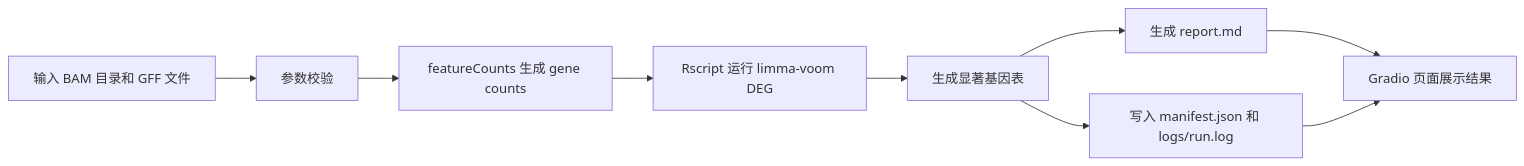
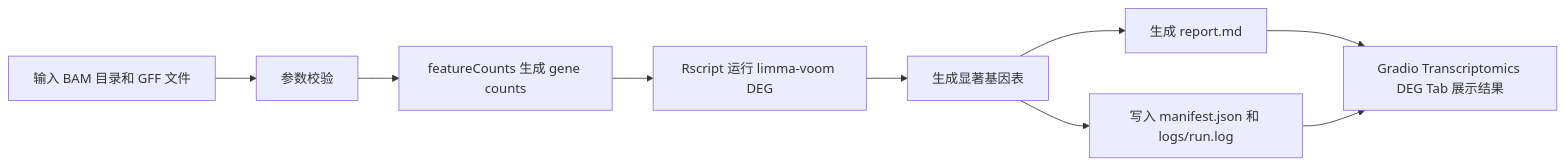
One commit to EuphoniumKumiko/breeding-agent changed the diagram in docs/gradio_demo_usage.md. Above: the diagram before and after it, drawn with Mermaid. The commit also changed other lines of this file and 91 other files, not shown here.

````diff
--- a/docs/gradio_demo_usage.md
+++ b/docs/gradio_demo_usage.md
@@ -14,11 +17,11 @@
 ```mermaid
 flowchart LR
     A[输入 BAM 目录和 GFF 文件] --> B[参数校验]
     B --> C[featureCounts 生成 gene counts]
     C --> D[Rscript 运行 limma-voom DEG]
     D --> E[生成显著基因表]
     E --> F[生成 report.md]
     E --> G[写入 manifest.json 和 logs/run.log]
-    F --> H[Gradio 页面展示结果]
+    F --> H[Gradio Transcriptomics DEG Tab 展示结果]
     G --> H
 ```
````
